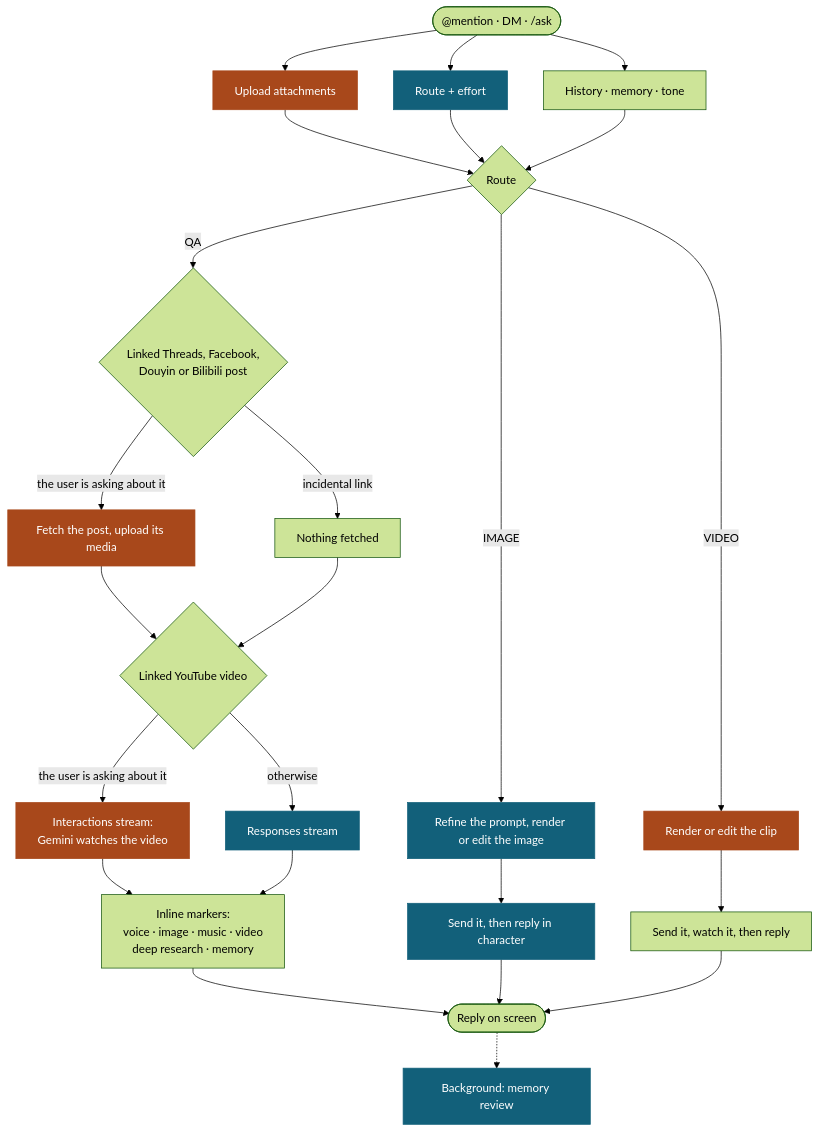
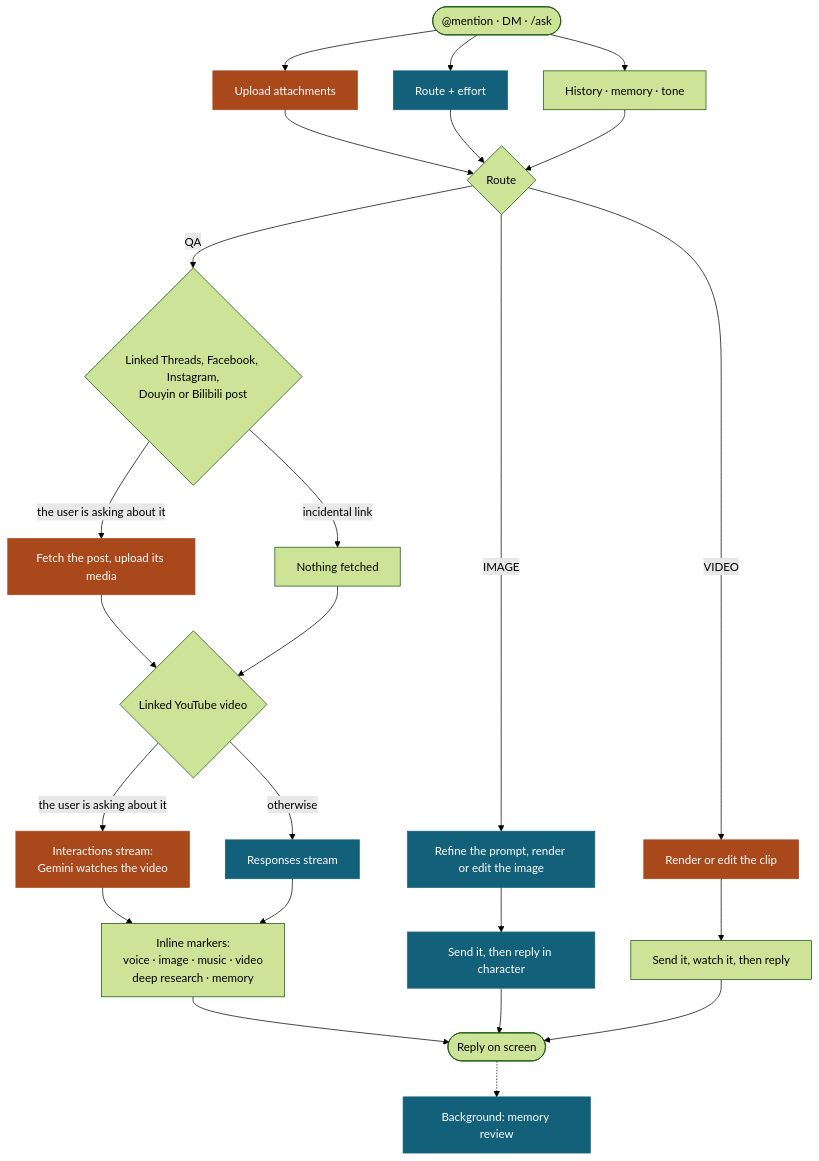
The diagram in README.md (Mai0313/discordbot), drawn with Mermaid (forest theme) before and after one commit. The commit also changed other lines of this file and 5 other files, not shown here.

````diff
--- a/README.md
+++ b/README.md
@@ -43,33 +43,33 @@
 ```mermaid
 flowchart TD
     U(["@mention · DM · /ask"]) --> UP & RT & CX
 
     UP["Upload attachments"]
     RT["Route + effort"]
     CX["History · memory · tone"]
 
     UP & RT & CX --> R{"Route"}
 
-    R -->|QA| L{"Linked Threads, Facebook,<br/>Douyin or Bilibili post"}
+    R -->|QA| L{"Linked Threads, Facebook, Instagram,<br/>Douyin or Bilibili post"}
     L -->|"the user is asking about it"| LF["Fetch the post, upload its media"]
     L -->|"incidental link"| LS["Nothing fetched"]
     LF & LS --> Y{"Linked YouTube video"}
     Y -->|"the user is asking about it"| YT["Interactions stream:<br/>Gemini watches the video"]
     Y -->|"otherwise"| QS["Responses stream"]
     YT & QS --> Q2["Inline markers:<br/>voice · image · music · video<br/>deep research · memory"]
 
     R -->|IMAGE| I1["Refine the prompt, render or edit the image"]
     I1 --> I2["Send it, then reply in character"]
     R -->|VIDEO| V1["Render or edit the clip"]
     V1 --> V2["Send it, watch it, then reply"]
 
     Q2 --> OUT(["Reply on screen"])
     I2 --> OUT
     V2 --> OUT
     OUT -.-> MM["Background: memory review"]
 
     classDef proxy fill:#12607a,stroke:#12607a,color:#ffffff
     classDef direct fill:#a8481b,stroke:#a8481b,color:#ffffff
     class RT,QS,I1,I2,MM proxy
     class UP,LF,YT,V1 direct
 ```
````
